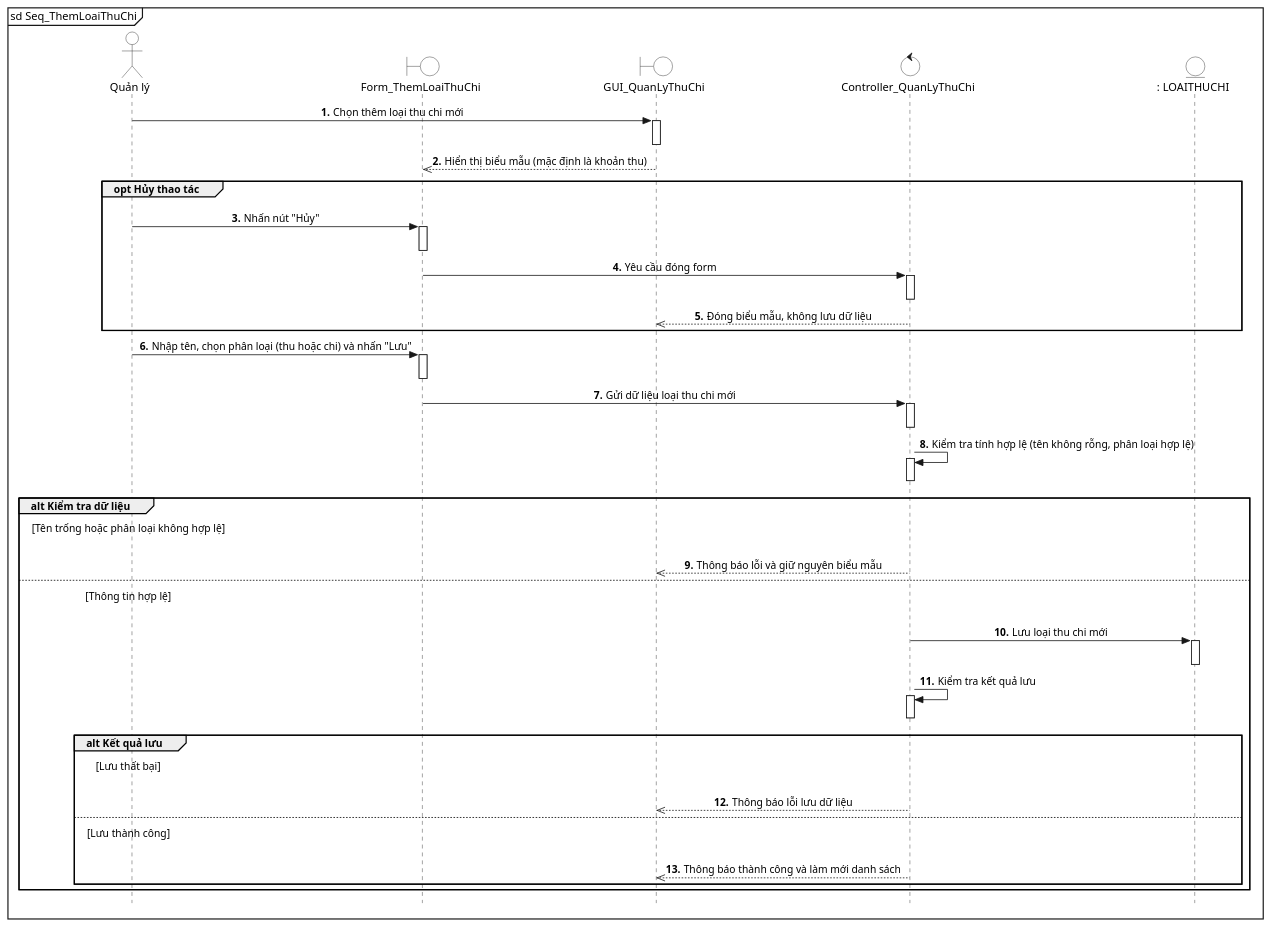
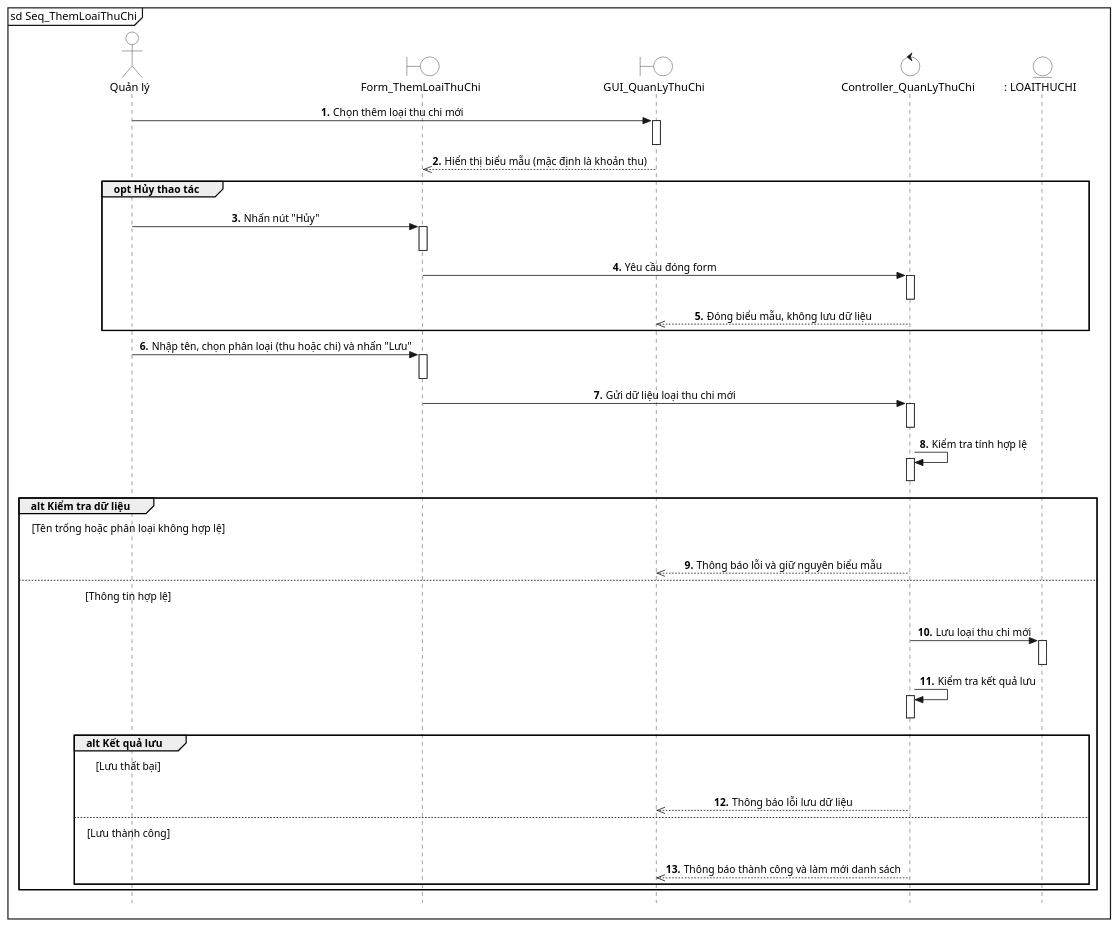
One commit to lancelotviendangkhoa710/IS-System-Development changed the diagram in diagram/sq_Khang/53_ThemLoaiThuChi.puml. Above: the diagram before and after it, drawn with PlantUML. The commit also changed 4 other files, not shown here.

Commit message:
update: sequence baocaothongke, quanlythuchi

```diff
--- a/diagram/sq_Khang/53_ThemLoaiThuChi.puml
+++ b/diagram/sq_Khang/53_ThemLoaiThuChi.puml
@@ -1,84 +1,84 @@
 @startuml ThemLoaiThuChi
 mainframe sd Seq_ThemLoaiThuChi
 autonumber "<b>##."
 skinparam sequenceMessageAlign center
 skinparam style strictuml
 
     skinparam noteBackgroundColor transparent
     skinparam noteBorderColor transparent
 
 actor "Quản lý" as QL #White
 boundary "Form_ThemLoaiThuChi" as FRM #White
 boundary "GUI_QuanLyThuChi" as UI #White
 control "Controller_QuanLyThuChi" as SYS #White
 entity ": LOAITHUCHI" as DB_LTC #White
 
 QL -> UI: Chọn thêm loại thu chi mới
 activate UI
 deactivate UI
 
 UI -->> FRM: Hiển thị biểu mẫu (mặc định là khoản thu)
 
 group opt Hủy thao tác
     autonumber stop
     QL -[hidden]-> DB_LTC
     autonumber resume "<b>##."
     QL -> FRM: Nhấn nút "Hủy"
     activate FRM
     deactivate FRM
     
 FRM -> SYS: Yêu cầu đóng form
     activate SYS
     deactivate SYS
     
     SYS -->> UI: Đóng biểu mẫu, không lưu dữ liệu
 end
 
 
 QL -> FRM: Nhập tên, chọn phân loại (thu hoặc chi) và nhấn "Lưu"
 activate FRM
 deactivate FRM
 
 FRM -> SYS: Gửi dữ liệu loại thu chi mới
 activate SYS
 deactivate SYS
 
-SYS -> SYS: Kiểm tra tính hợp lệ (tên không rỗng, phân loại hợp lệ)
+SYS -> SYS: Kiểm tra tính hợp lệ
 activate SYS
 deactivate SYS
 
 group alt Kiểm tra dữ liệu
     note over of QL: [Tên trống hoặc phân loại không hợp lệ]
     autonumber stop
     QL -[hidden]-> DB_LTC
     autonumber resume "<b>##."
     SYS -->> UI: Thông báo lỗi và giữ nguyên biểu mẫu
 else 
     note over of QL: [Thông tin hợp lệ]
     autonumber stop
     QL -[hidden]-> DB_LTC
     autonumber resume "<b>##."
     SYS -> DB_LTC: Lưu loại thu chi mới
     activate DB_LTC
     deactivate DB_LTC
 
     SYS -> SYS: Kiểm tra kết quả lưu
     activate SYS
     deactivate SYS
     
     group alt Kết quả lưu
         note over of QL: [Lưu thất bại]
         autonumber stop
         QL -[hidden]-> DB_LTC
         autonumber resume "<b>##."
         SYS -->> UI: Thông báo lỗi lưu dữ liệu
     else 
         note over of QL: [Lưu thành công]
         autonumber stop
         QL -[hidden]-> DB_LTC
         autonumber resume "<b>##."
         SYS -->> UI: Thông báo thành công và làm mới danh sách
     end
 end
 
 @enduml
```
